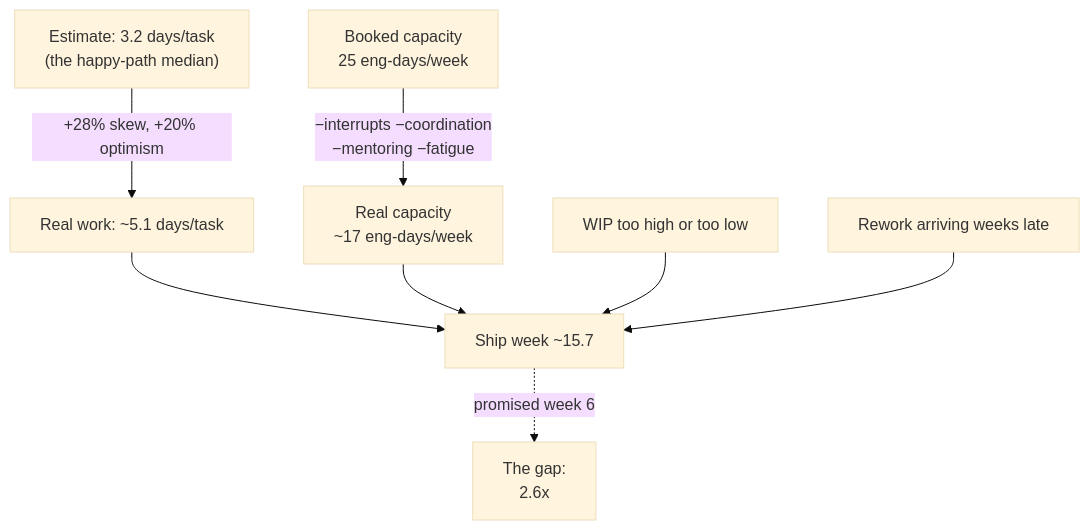
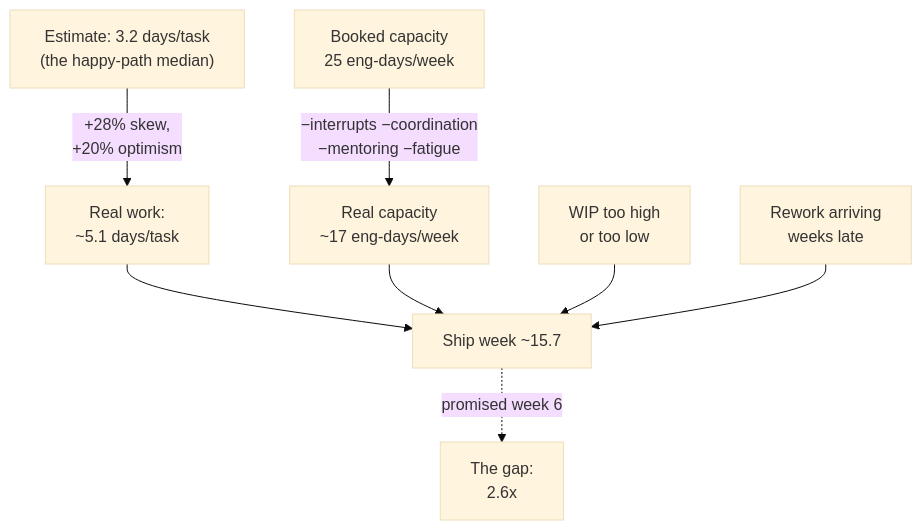
The second of 3 diagrams in 61-work-pressure-and-deadlines/README.md (ravivarmachaluvadi/Learning), drawn with Mermaid (base theme) before and after one commit. The commit also changed other lines of this file, not shown here.

First line of the commit message:
Rewrite work-pressure-and-deadlines for delivery

````diff
--- a/61-work-pressure-and-deadlines/README.md
+++ b/61-work-pressure-and-deadlines/README.md
@@ -605,10 +878,10 @@
 ```mermaid
-flowchart TB
-    E["Estimate: 3.2 days/task<br/>(the happy-path median)"] -->|"+28% skew, +20% optimism"| A["Real work: ~5.1 days/task"]
+flowchart TD
+    E["Estimate: 3.2 days/task<br/>(the happy-path median)"] -->|"+28% skew,<br/>+20% optimism"| A["Real work:<br/>~5.1 days/task"]
     C["Booked capacity<br/>25 eng-days/week"] -->|"−interrupts −coordination<br/>−mentoring −fatigue"| R["Real capacity<br/>~17 eng-days/week"]
     A --> S["Ship week ~15.7"]
     R --> S
-    W["WIP too high or too low"] --> S
-    Q["Rework arriving weeks late"] --> S
+    W["WIP too high<br/>or too low"] --> S
+    Q["Rework arriving<br/>weeks late"] --> S
     S -.->|"promised week 6"| G["The gap:<br/>2.6x"]
 ```
````
